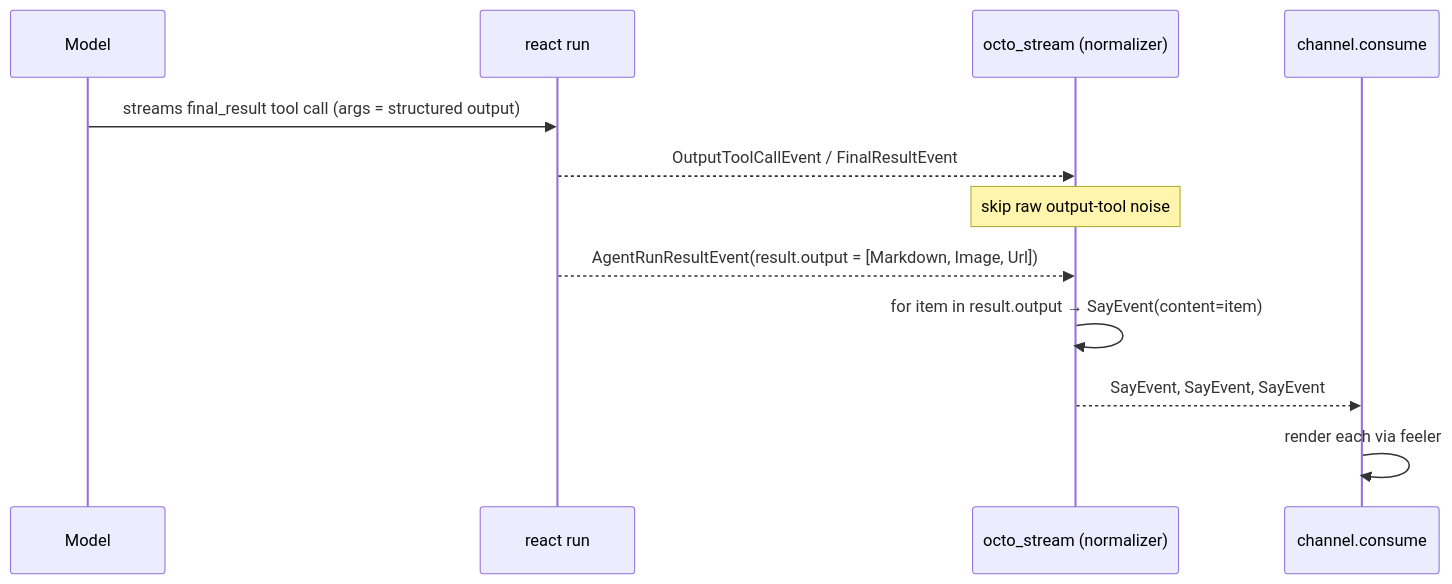
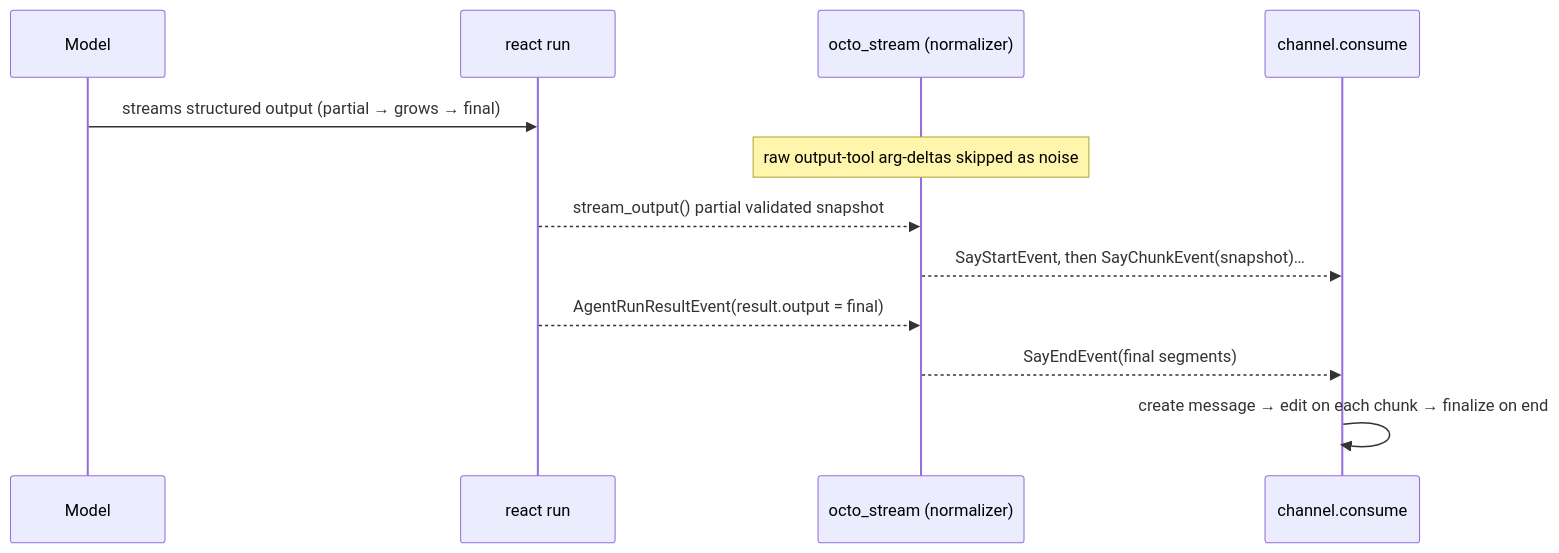
The fourth of 6 diagrams in docs/plans/agent-event-stream.md (kalynnka/octomate), drawn with Mermaid before and after one commit. The commit also changed other lines of this file and 2 other files, not shown here.

First line of the commit message:
feat(stream): OctoStreamEvent types — Say lifecycle trio + one union (UoW-1)

````diff
--- a/docs/plans/agent-event-stream.md
+++ b/docs/plans/agent-event-stream.md
@@ -194,15 +201,15 @@
 ```mermaid
 sequenceDiagram
     participant M as Model
     participant R as react run
     participant N as octo_stream (normalizer)
     participant C as channel.consume
 
-    M->>R: streams final_result tool call (args = structured output)
-    R-->>N: OutputToolCallEvent / FinalResultEvent
-    Note over N: skip raw output-tool noise
-    R-->>N: AgentRunResultEvent(result.output = [Markdown, Image, Url])
-    N->>N: for item in result.output → SayEvent(content=item)
-    N-->>C: SayEvent, SayEvent, SayEvent
-    C->>C: render each via feeler
+    M->>R: streams structured output (partial → grows → final)
+    Note over N: raw output-tool arg-deltas skipped as noise
+    R-->>N: stream_output() partial validated snapshot
+    N-->>C: SayStartEvent, then SayChunkEvent(snapshot)…
+    R-->>N: AgentRunResultEvent(result.output = final)
+    N-->>C: SayEndEvent(final segments)
+    C->>C: create message → edit on each chunk → finalize on end
 ```
````
